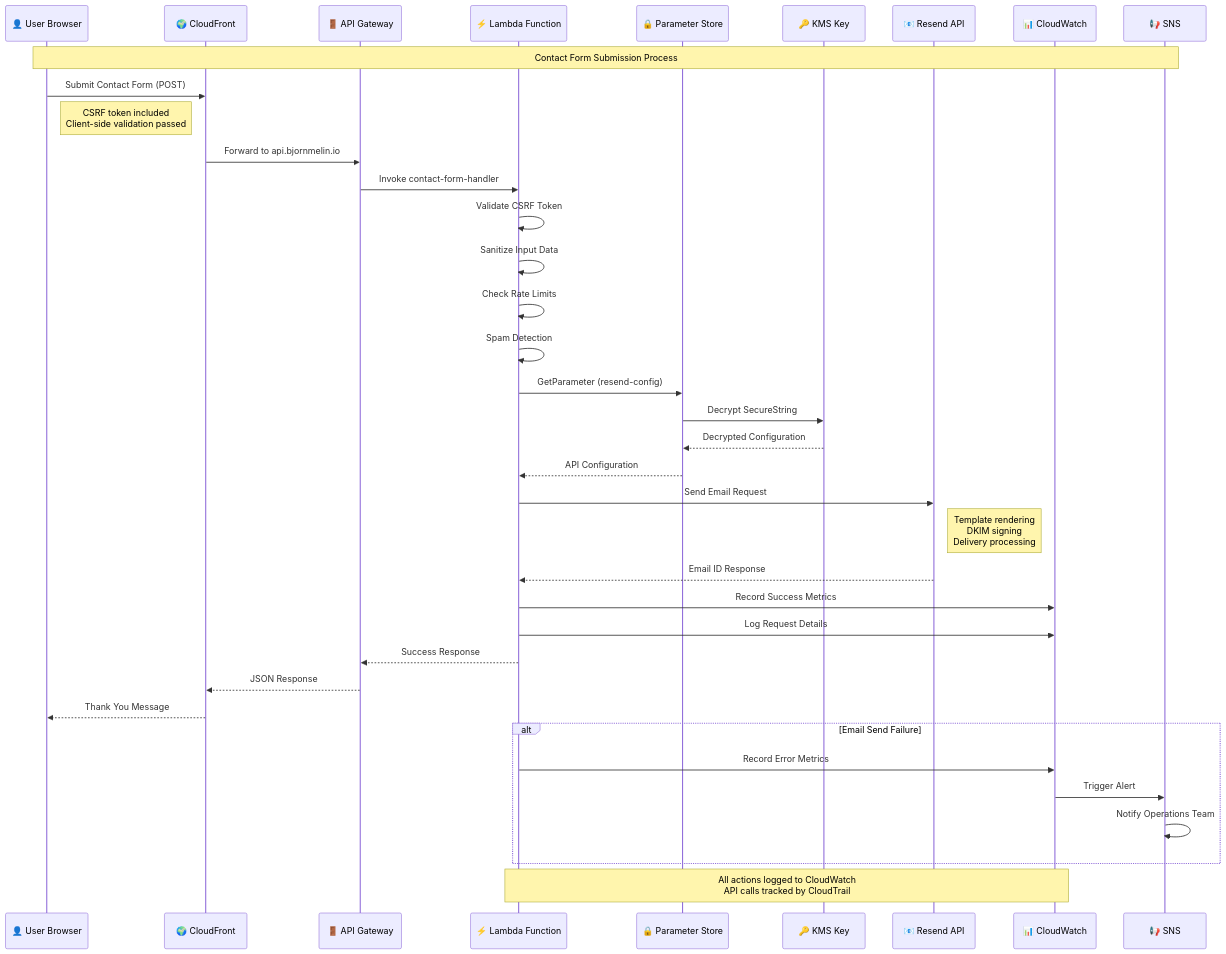
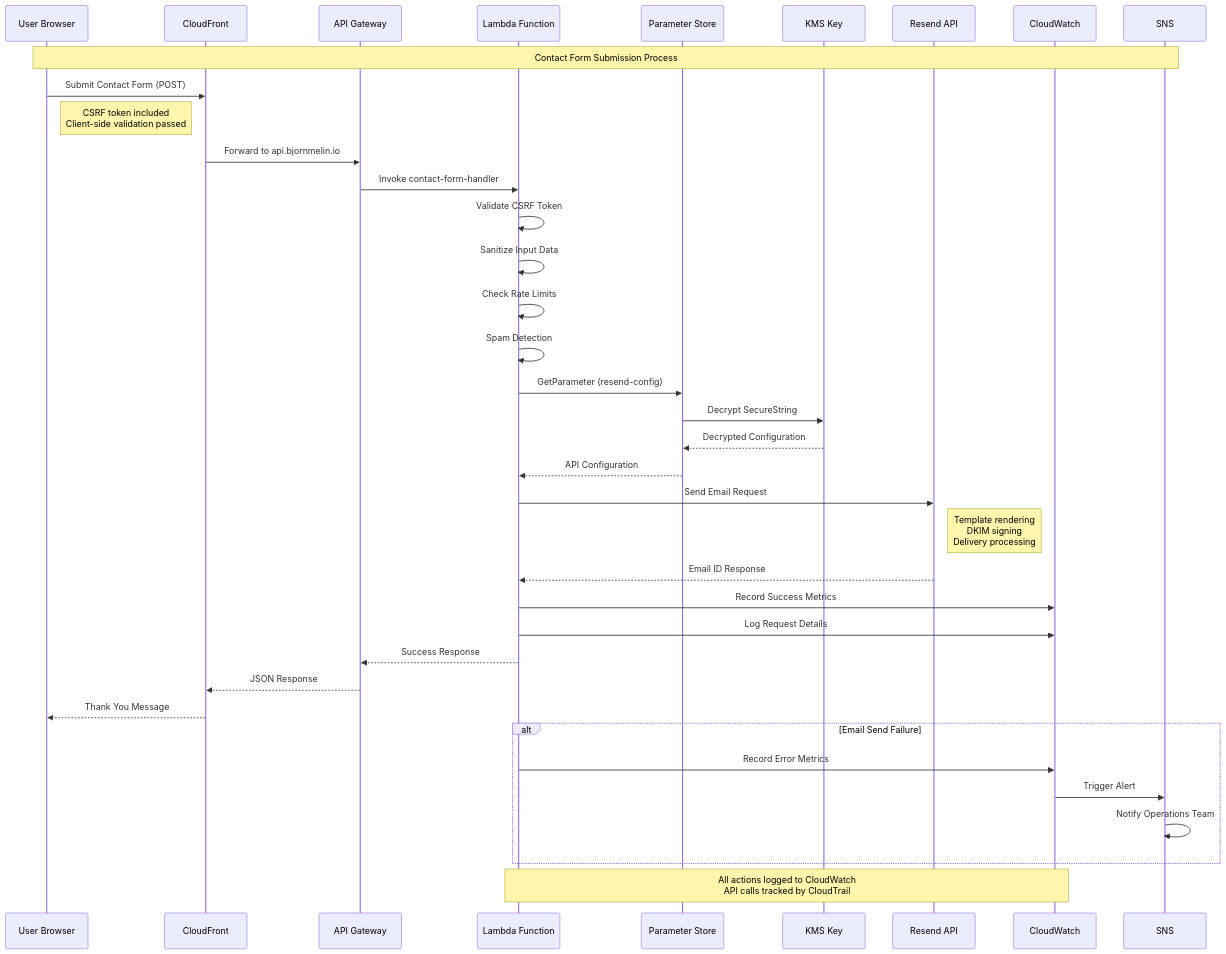
Before and after one commit to BjornMelin/bjornmelin-platform-io: the third of 4 diagrams in docs/infrastructure/architecture-overview.md, drawn with Mermaid. The commit also changed other lines of this file and 13 other files, not shown here.

````diff
--- a/docs/infrastructure/architecture-overview.md
+++ b/docs/infrastructure/architecture-overview.md
@@ -225,55 +236,55 @@
 ```mermaid
 sequenceDiagram
-    participant User as 👤 User Browser
-    participant CDN as 🌍 CloudFront
-    participant API as 🚪 API Gateway
-    participant Lambda as ⚡ Lambda Function
-    participant PS as 🔒 Parameter Store
-    participant KMS as 🔑 KMS Key
-    participant Resend as 📧 Resend API
-    participant CW as 📊 CloudWatch
-    participant SNS as 📢 SNS
+    participant User as User Browser
+    participant CDN as CloudFront
+    participant API as API Gateway
+    participant Lambda as Lambda Function
+    participant PS as Parameter Store
+    participant KMS as KMS Key
+    participant Resend as Resend API
+    participant CW as CloudWatch
+    participant SNS as SNS
     
     Note over User, SNS: Contact Form Submission Process
     
     %% 1. Form Submission
     User->>CDN: Submit Contact Form (POST)
     Note right of User: CSRF token included<br/>Client-side validation passed
     
     CDN->>API: Forward to api.bjornmelin.io
     API->>Lambda: Invoke contact-form-handler
     
     %% 2. Security Validation
     Lambda->>Lambda: Validate CSRF Token
     Lambda->>Lambda: Sanitize Input Data
     Lambda->>Lambda: Check Rate Limits
     Lambda->>Lambda: Spam Detection
     
     %% 3. Configuration Retrieval
     Lambda->>PS: GetParameter (resend-config)
     PS->>KMS: Decrypt SecureString
     KMS-->>PS: Decrypted Configuration
     PS-->>Lambda: API Configuration
     
     %% 4. Email Processing
     Lambda->>Resend: Send Email Request
     Note right of Resend: Template rendering<br/>DKIM signing<br/>Delivery processing
     Resend-->>Lambda: Email ID Response
     
     %% 5. Response & Monitoring
     Lambda->>CW: Record Success Metrics
     Lambda->>CW: Log Request Details
     Lambda-->>API: Success Response
     API-->>CDN: JSON Response
     CDN-->>User: Thank You Message
     
     %% 6. Alerting (if needed)
     alt Email Send Failure
         Lambda->>CW: Record Error Metrics
         CW->>SNS: Trigger Alert
         SNS->>SNS: Notify Operations Team
     end
     
     %% 7. Audit Logging
     Note over Lambda, CW: All actions logged to CloudWatch<br/>API calls tracked by CloudTrail
 ```
````
